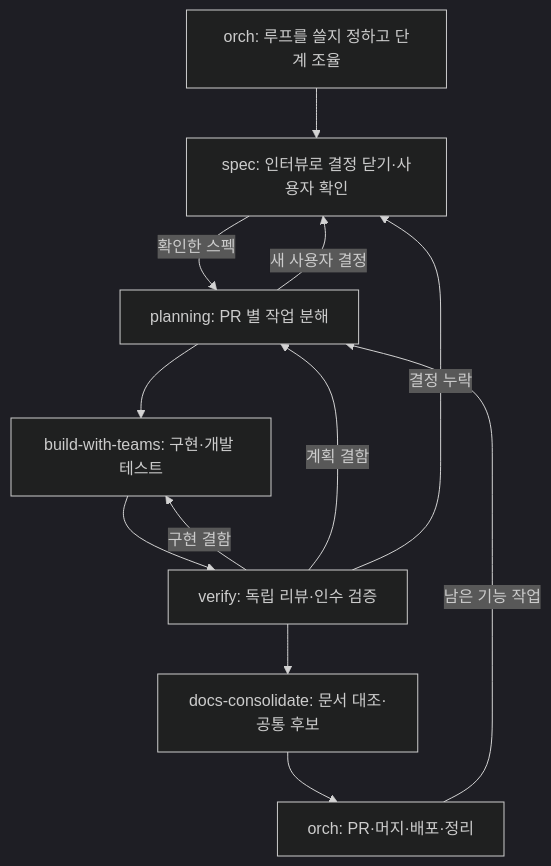
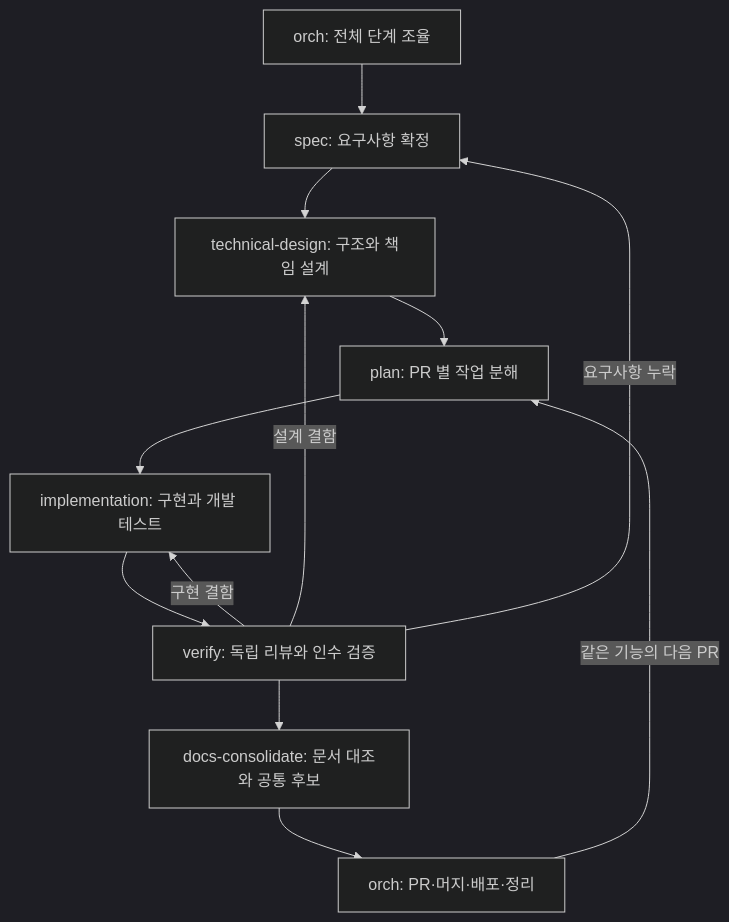
The diagram in README.md (jon890/fos-skills), drawn with Mermaid (dark theme) before and after one commit. The commit also changed other lines of this file and 108 other files, not shown here.

Commit message:
feat: separate technical design and feature-scoped execution stages

````diff
--- a/README.md
+++ b/README.md
@@ -8,14 +8,14 @@
 ```mermaid
 flowchart TD
-    O[orch: 루프를 쓸지 정하고 단계 조율] --> S[spec: 인터뷰로 결정 닫기·사용자 확인]
-    S -->|확인한 스펙| P[planning: PR 별 작업 분해]
-    P -->|새 사용자 결정| S
-    P --> B[build-with-teams: 구현·개발 테스트]
-    B --> V[verify: 독립 리뷰·인수 검증]
-    V --> D[docs-consolidate: 문서 대조·공통 후보]
+    O[orch: 전체 단계 조율] --> S[spec: 요구사항 확정]
+    S --> T[technical-design: 구조와 책임 설계]
+    T --> P[plan: PR 별 작업 분해]
+    P --> B[implementation: 구현과 개발 테스트]
+    B --> V[verify: 독립 리뷰와 인수 검증]
+    V --> D[docs-consolidate: 문서 대조와 공통 후보]
     V -->|구현 결함| B
-    V -->|계획 결함| P
-    V -->|결정 누락| S
+    V -->|설계 결함| T
+    V -->|요구사항 누락| S
     D --> M[orch: PR·머지·배포·정리]
-    M -->|남은 기능 작업| P
+    M -->|같은 기능의 다음 PR| P
 ```
````
